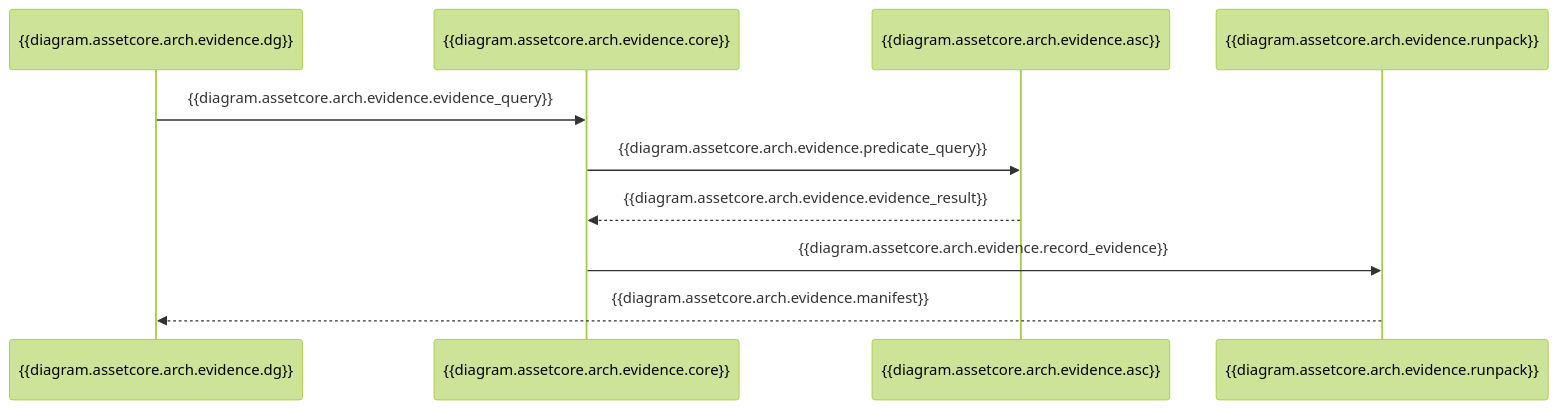
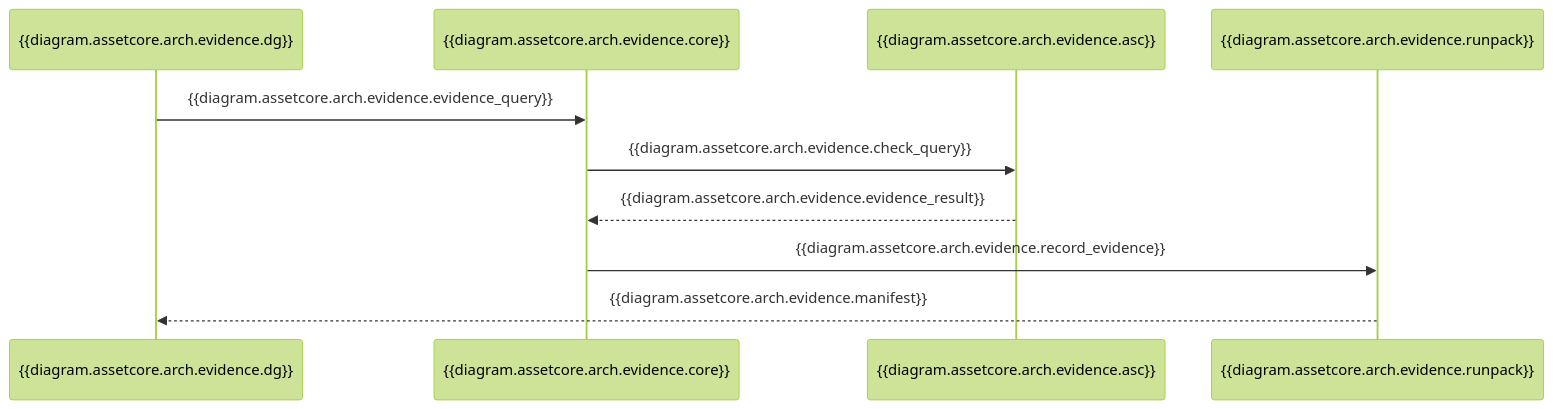
The third of 3 diagrams in Docs/integrations/assetcore/architecture.md (DaRealYungBidness/decision-gate), drawn with Mermaid (forest theme) before and after one commit. The commit also changed other lines of this file and 221 other files, not shown here.

````diff
--- a/Docs/integrations/assetcore/architecture.md
+++ b/Docs/integrations/assetcore/architecture.md
@@ -43,14 +43,14 @@
 ```mermaid
 %% alt: {{diagram.assetcore.arch.evidence.alt}}
 sequenceDiagram
   participant DG as {{diagram.assetcore.arch.evidence.dg}}
   participant Core as {{diagram.assetcore.arch.evidence.core}}
   participant ASC as {{diagram.assetcore.arch.evidence.asc}}
   participant Runpack as {{diagram.assetcore.arch.evidence.runpack}}
 
   DG->>Core: {{diagram.assetcore.arch.evidence.evidence_query}}
-  Core->>ASC: {{diagram.assetcore.arch.evidence.predicate_query}}
+  Core->>ASC: {{diagram.assetcore.arch.evidence.check_query}}
   ASC-->>Core: {{diagram.assetcore.arch.evidence.evidence_result}}
   Core->>Runpack: {{diagram.assetcore.arch.evidence.record_evidence}}
   Runpack-->>DG: {{diagram.assetcore.arch.evidence.manifest}}
 ```
````
